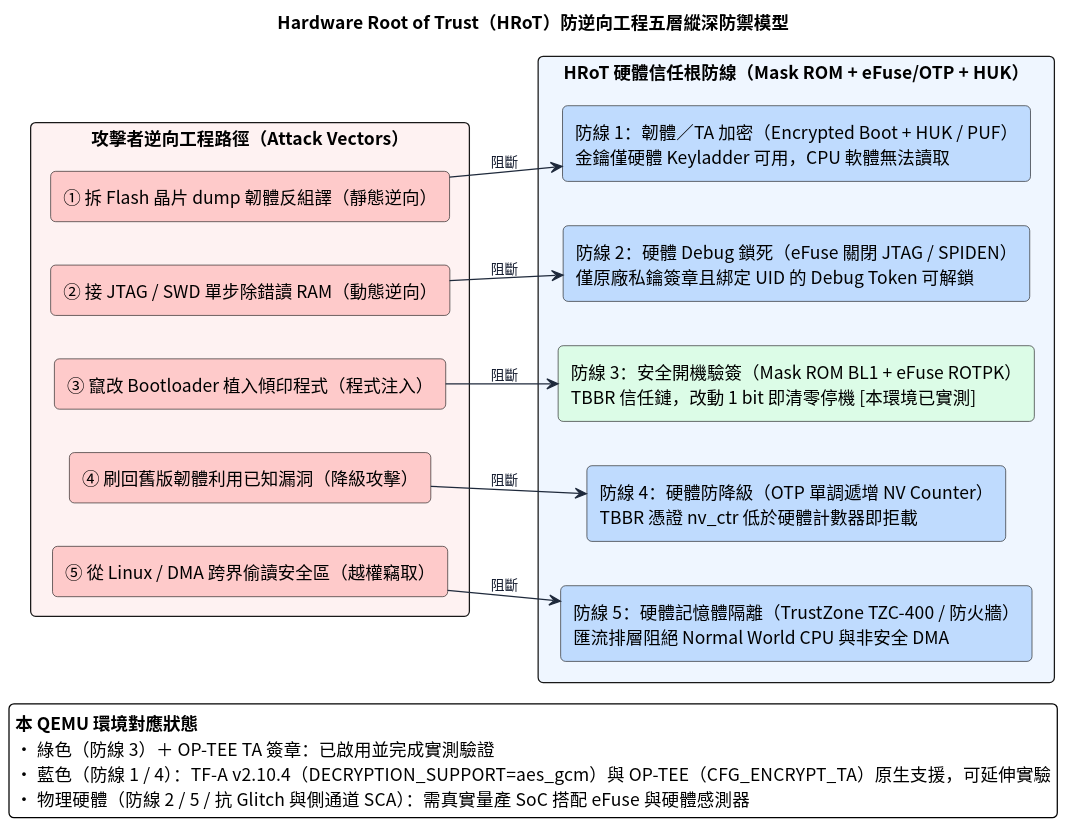
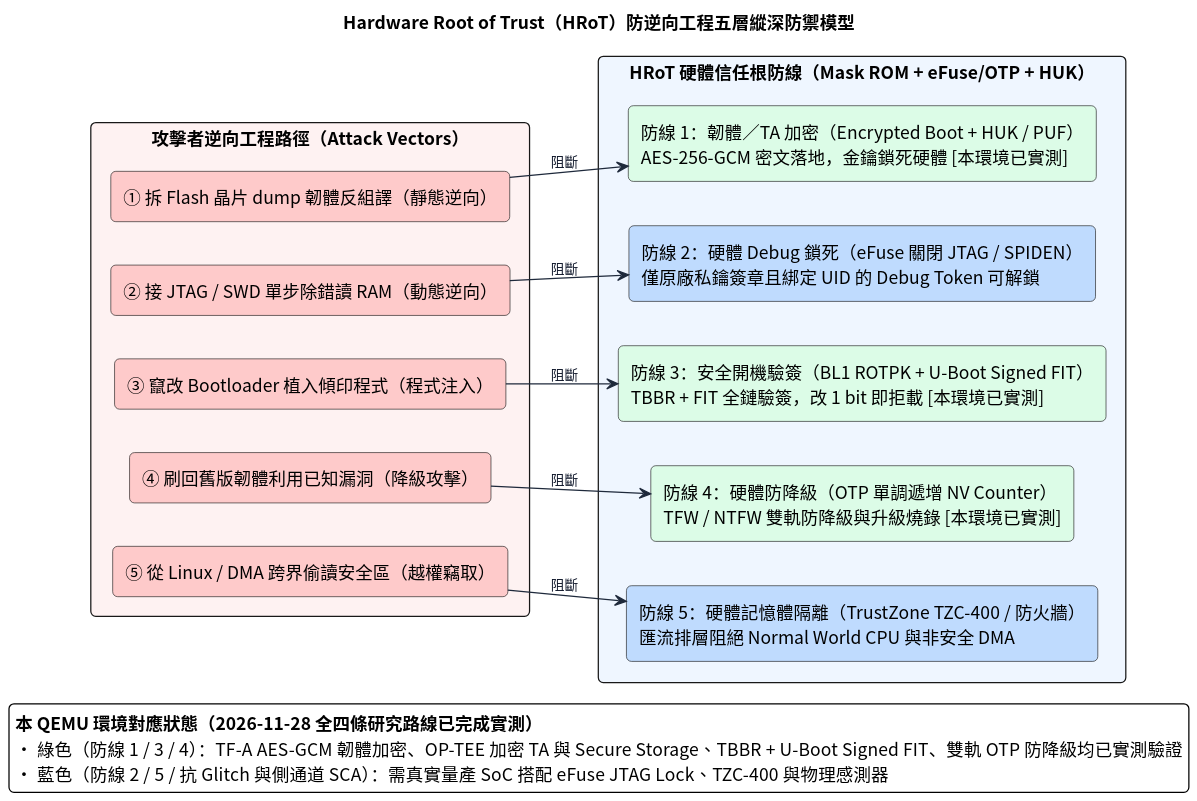
One commit to Awe31402/qemu-trustzone-note changed the diagram in figs/hrot-anti-re-defense.puml. Above: the diagram before and after it, drawn with PlantUML. The commit also changed 31 other files, not shown here.

Commit message:
docs: add anti-RE study notes for TF-A encryption, OP-TEE TA encryption, anti-rollback, and U-Boot FIT/Secure Storage

```diff
--- a/figs/hrot-anti-re-defense.puml
+++ b/figs/hrot-anti-re-defense.puml
@@ -1,54 +1,53 @@
 @startuml
 left to right direction
 skinparam backgroundColor white
 skinparam defaultFontName "Noto Sans CJK TC"
 skinparam dpi 150
 skinparam shadowing false
 skinparam roundcorner 8
 skinparam packageStyle rectangle
 skinparam ArrowColor #1E293B
 skinparam ArrowFontColor #0F172A
 skinparam ArrowFontSize 11
 
 title Hardware Root of Trust（HRoT）防逆向工程五層縱深防禦模型
 
 package "攻擊者逆向工程路徑（Attack Vectors）" #FEF2F2 {
   rectangle "① 拆 Flash 晶片 dump 韌體反組譯（靜態逆向）" as A1 #FECACA
   rectangle "② 接 JTAG / SWD 單步除錯讀 RAM（動態逆向）" as A2 #FECACA
   rectangle "③ 竄改 Bootloader 植入傾印程式（程式注入）" as A3 #FECACA
   rectangle "④ 刷回舊版韌體利用已知漏洞（降級攻擊）" as A4 #FECACA
   rectangle "⑤ 從 Linux / DMA 跨界偷讀安全區（越權竊取）" as A5 #FECACA
 }
 
 package "HRoT 硬體信任根防線（Mask ROM + eFuse/OTP + HUK）" #EFF6FF {
-  rectangle "防線 1：韌體／TA 加密（Encrypted Boot + HUK / PUF）\n金鑰僅硬體 Keyladder 可用，CPU 軟體無法讀取" as D1 #BFDBFE
+  rectangle "防線 1：韌體／TA 加密（Encrypted Boot + HUK / PUF）\nAES-256-GCM 密文落地，金鑰鎖死硬體 [本環境已實測]" as D1 #DCFCE7
   rectangle "防線 2：硬體 Debug 鎖死（eFuse 關閉 JTAG / SPIDEN）\n僅原廠私鑰簽章且綁定 UID 的 Debug Token 可解鎖" as D2 #BFDBFE
-  rectangle "防線 3：安全開機驗簽（Mask ROM BL1 + eFuse ROTPK）\nTBBR 信任鏈，改動 1 bit 即清零停機 [本環境已實測]" as D3 #DCFCE7
-  rectangle "防線 4：硬體防降級（OTP 單調遞增 NV Counter）\nTBBR 憑證 nv_ctr 低於硬體計數器即拒載" as D4 #BFDBFE
+  rectangle "防線 3：安全開機驗簽（BL1 ROTPK + U-Boot Signed FIT）\nTBBR + FIT 全鏈驗簽，改 1 bit 即拒載 [本環境已實測]" as D3 #DCFCE7
+  rectangle "防線 4：硬體防降級（OTP 單調遞增 NV Counter）\nTFW / NTFW 雙軌防降級與升級燒錄 [本環境已實測]" as D4 #DCFCE7
   rectangle "防線 5：硬體記憶體隔離（TrustZone TZC-400 / 防火牆）\n匯流排層阻絕 Normal World CPU 與非安全 DMA" as D5 #BFDBFE
 }
 
 A5 -[hidden]right-> A4
 A4 -[hidden]right-> A3
 A3 -[hidden]right-> A2
 A2 -[hidden]right-> A1
 
 D5 -[hidden]right-> D4
 D4 -[hidden]right-> D3
 D3 -[hidden]right-> D2
 D2 -[hidden]right-> D1
 
 A1 --> D1 : "阻斷"
 A2 --> D2 : "阻斷"
 A3 --> D3 : "阻斷"
 A4 --> D4 : "阻斷"
 A5 --> D5 : "阻斷"
 
 legend bottom
-  <b>本 QEMU 環境對應狀態</b>
-  • 綠色（防線 3）＋ OP-TEE TA 簽章：已啟用並完成實測驗證
-  • 藍色（防線 1 / 4）：TF-A v2.10.4（DECRYPTION_SUPPORT=aes_gcm）與 OP-TEE（CFG_ENCRYPT_TA）原生支援，可延伸實驗
-  • 物理硬體（防線 2 / 5 / 抗 Glitch 與側通道 SCA）：需真實量產 SoC 搭配 eFuse 與硬體感測器
+  <b>本 QEMU 環境對應狀態（2026-11-28 全四條研究路線已完成實測）</b>
+  • 綠色（防線 1 / 3 / 4）：TF-A AES-GCM 韌體加密、OP-TEE 加密 TA 與 Secure Storage、TBBR + U-Boot Signed FIT、雙軌 OTP 防降級均已實測驗證
+  • 藍色（防線 2 / 5 / 抗 Glitch 與側通道 SCA）：需真實量產 SoC 搭配 eFuse JTAG Lock、TZC-400 與物理感測器
 endlegend
 
 @enduml
```
